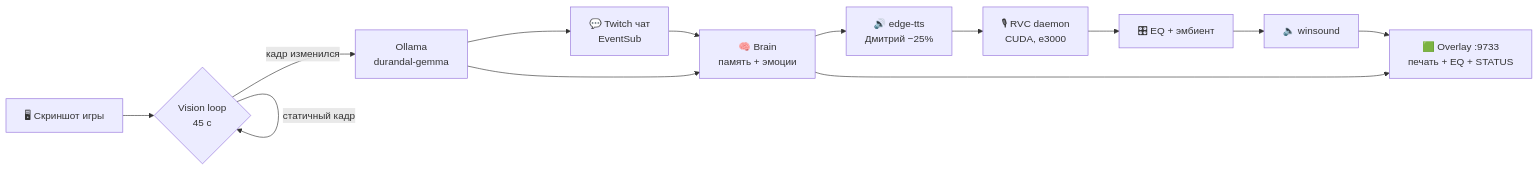
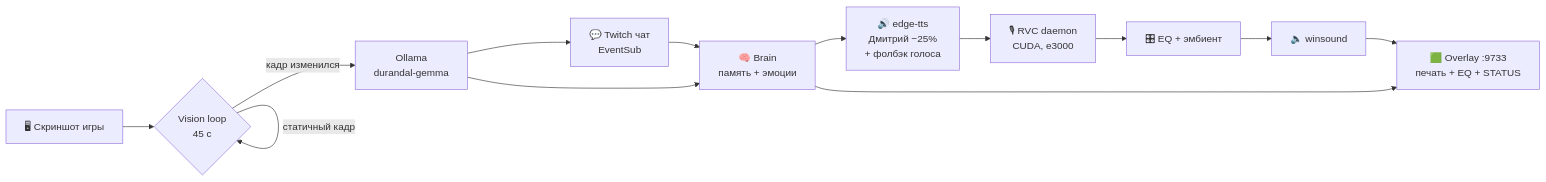
One commit to NeruMarcus/durandal-stream-bot changed the diagram in README.md. Above: the diagram before and after it, drawn with Mermaid. The commit also changed other lines of this file and 3 other files, not shown here.

````diff
--- a/README.md
+++ b/README.md
@@ -38,15 +38,15 @@
 ```mermaid
 flowchart LR
     A[🖥 Скриншот игры] --> B{Vision loop\n45 c}
     B -->|кадр изменился| C[Ollama\ndurandal-gemma]
     B -->|статичный кадр| B
     C --> D[💬 Twitch чат\nEventSub]
     D --> E[🧠 Brain\nпамять + эмоции]
     C --> E
-    E --> F[🔊 edge-tts\nДмитрий −25%]
+    E --> F[🔊 edge-tts\nДмитрий −25%\n+ фолбэк голоса]
     F --> G[🎙 RVC daemon\nCUDA, e3000]
     G --> H[🎛 EQ + эмбиент]
     H --> I[🔈 winsound]
     E --> J[🟩 Overlay :9733\nпечать + EQ + STATUS]
     I --> J
 ```
````
